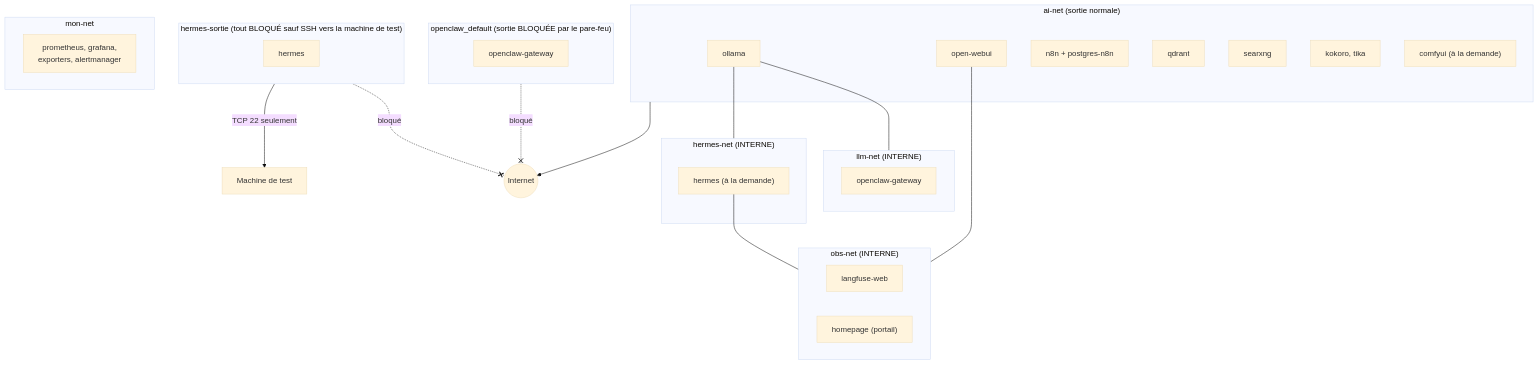
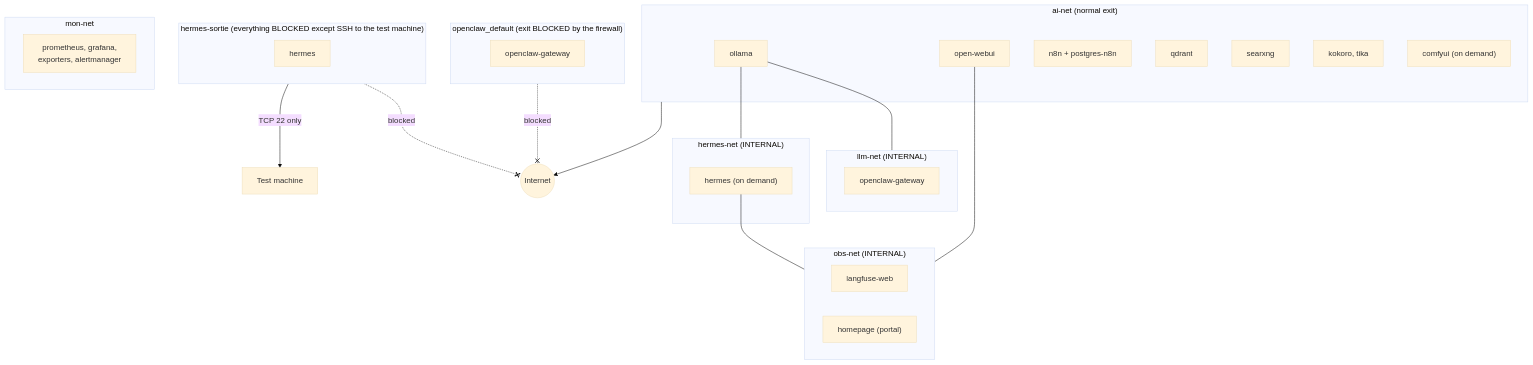
The second of 5 diagrams in docs/security-architecture.md (Mateo-lab/local-ai-lab), drawn with Mermaid (base theme) before and after one commit. The commit also changed other lines of this file and 1 other file, not shown here.

First line of the commit message:
docs: translate security-architecture, remote-access

````diff
--- a/docs/security-architecture.md
+++ b/docs/security-architecture.md
@@ -67,43 +66,43 @@
 ```mermaid
 flowchart TB
     INTERNET(("Internet"))
 
-    subgraph AINET["ai-net (sortie normale)"]
+    subgraph AINET["ai-net (normal exit)"]
         OLLAMA["ollama"]
         OWUI["open-webui"]
         N8N["n8n + postgres-n8n"]
         QD["qdrant"]
         SX["searxng"]
         KK["kokoro, tika"]
-        CUI["comfyui (à la demande)"]
+        CUI["comfyui (on demand)"]
     end
 
-    subgraph LLM["llm-net (INTERNE)"]
+    subgraph LLM["llm-net (INTERNAL)"]
         OC["openclaw-gateway"]
     end
-    subgraph HN["hermes-net (INTERNE)"]
-        HER["hermes (à la demande)"]
+    subgraph HN["hermes-net (INTERNAL)"]
+        HER["hermes (on demand)"]
     end
-    subgraph OBS["obs-net (INTERNE)"]
+    subgraph OBS["obs-net (INTERNAL)"]
         LF["langfuse-web"]
-        HP["homepage (portail)"]
+        HP["homepage (portal)"]
     end
-    subgraph OCD["openclaw_default (sortie BLOQUÉE par le pare-feu)"]
+    subgraph OCD["openclaw_default (exit BLOCKED by the firewall)"]
         OC2["openclaw-gateway"]
     end
-    subgraph HS["hermes-sortie (tout BLOQUÉ sauf SSH vers la machine de test)"]
+    subgraph HS["hermes-sortie (everything BLOCKED except SSH to the test machine)"]
         HER2["hermes"]
     end
     subgraph MON["mon-net"]
         PROM["prometheus, grafana,<br/>exporters, alertmanager"]
     end
 
     OLLAMA --- LLM
     OLLAMA --- HN
     OWUI --- OBS
     HER --- OBS
     AINET --> INTERNET
-    OCD -. "bloqué" .-x INTERNET
-    HS -. "bloqué" .-x INTERNET
-    HS -- "TCP 22 seulement" --> TEST["Machine de test"]
+    OCD -. "blocked" .-x INTERNET
+    HS -. "blocked" .-x INTERNET
+    HS -- "TCP 22 only" --> TEST["Test machine"]
 ```
````
